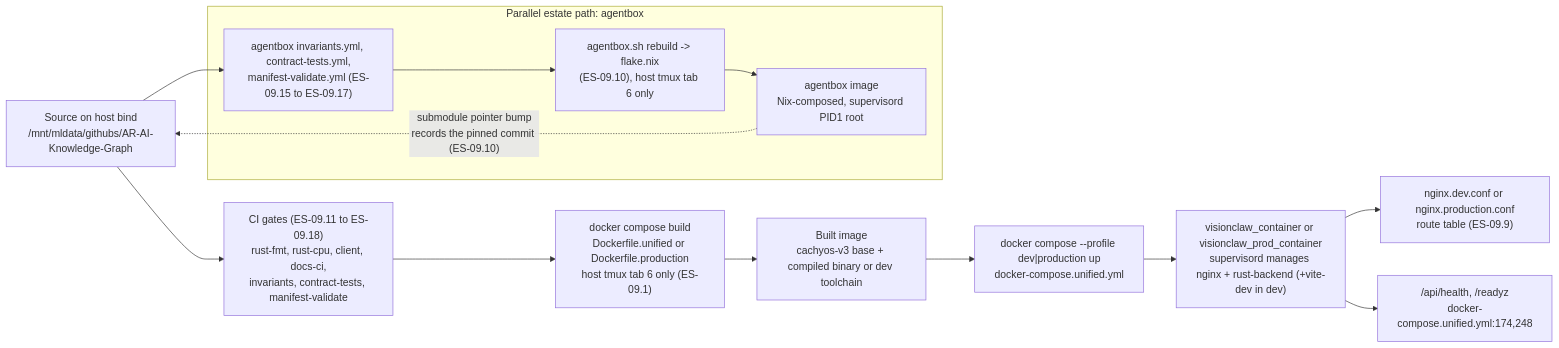
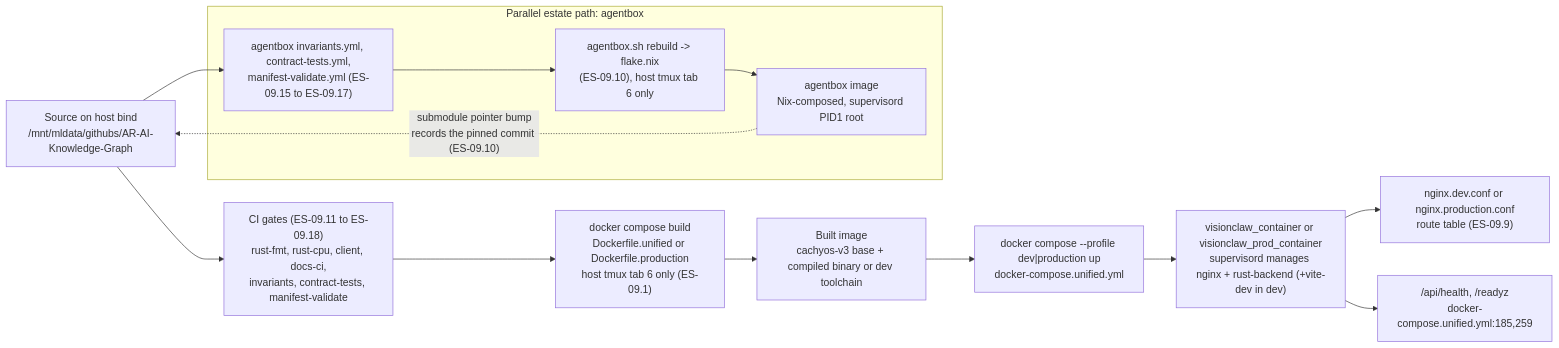
Diagram 19 of 23 in docs/diagrams/estate/09-build-deploy-and-ci-estate.md (DreamLab-AI/VisionFlow), drawn with Mermaid before and after one commit. The commit also changed other lines of this file and 136 other files, not shown here.

First line of the commit message:
docs(diagrams): refresh the whole corpus to code HEAD and prune low-value diagrams

````diff
--- a/docs/diagrams/estate/09-build-deploy-and-ci-estate.md
+++ b/docs/diagrams/estate/09-build-deploy-and-ci-estate.md
@@ -605,27 +603,27 @@
 ```mermaid
 flowchart LR
     SRC["Source on host bind<br/>/mnt/mldata/githubs/AR-AI-Knowledge-Graph"]
     CIGATE["CI gates (ES-09.11 to ES-09.18)<br/>rust-fmt, rust-cpu, client, docs-ci,<br/>invariants, contract-tests, manifest-validate"]
     DOCKERBUILD["docker compose build<br/>Dockerfile.unified or Dockerfile.production<br/>host tmux tab 6 only (ES-09.1)"]
     IMAGE["Built image<br/>cachyos-v3 base + compiled binary or dev toolchain"]
     COMPOSEUP["docker compose --profile dev|production up<br/>docker-compose.unified.yml"]
     CONTAINER["visionclaw_container or visionclaw_prod_container<br/>supervisord manages nginx + rust-backend (+vite-dev in dev)"]
     NGINXROUTE["nginx.dev.conf or nginx.production.conf<br/>route table (ES-09.9)"]
-    HEALTH["/api/health, /readyz<br/>docker-compose.unified.yml:174,248"]
+    HEALTH["/api/health, /readyz<br/>docker-compose.unified.yml:185,259"]
 
     SRC --> CIGATE
     CIGATE --> DOCKERBUILD
     DOCKERBUILD --> IMAGE
     IMAGE --> COMPOSEUP
     COMPOSEUP --> CONTAINER
     CONTAINER --> NGINXROUTE
     CONTAINER --> HEALTH
 
     subgraph AGENTBOXPARALLEL["Parallel estate path: agentbox"]
         ABGATE["agentbox invariants.yml, contract-tests.yml,<br/>manifest-validate.yml (ES-09.15 to ES-09.17)"]
         ABFLAKE["agentbox.sh rebuild -> flake.nix<br/>(ES-09.10), host tmux tab 6 only"]
         ABIMAGE["agentbox image<br/>Nix-composed, supervisord PID1 root"]
     end
     SRC --> ABGATE --> ABFLAKE --> ABIMAGE
     ABIMAGE -.->|"submodule pointer bump<br/>records the pinned commit (ES-09.10)"| SRC
 ```
````
